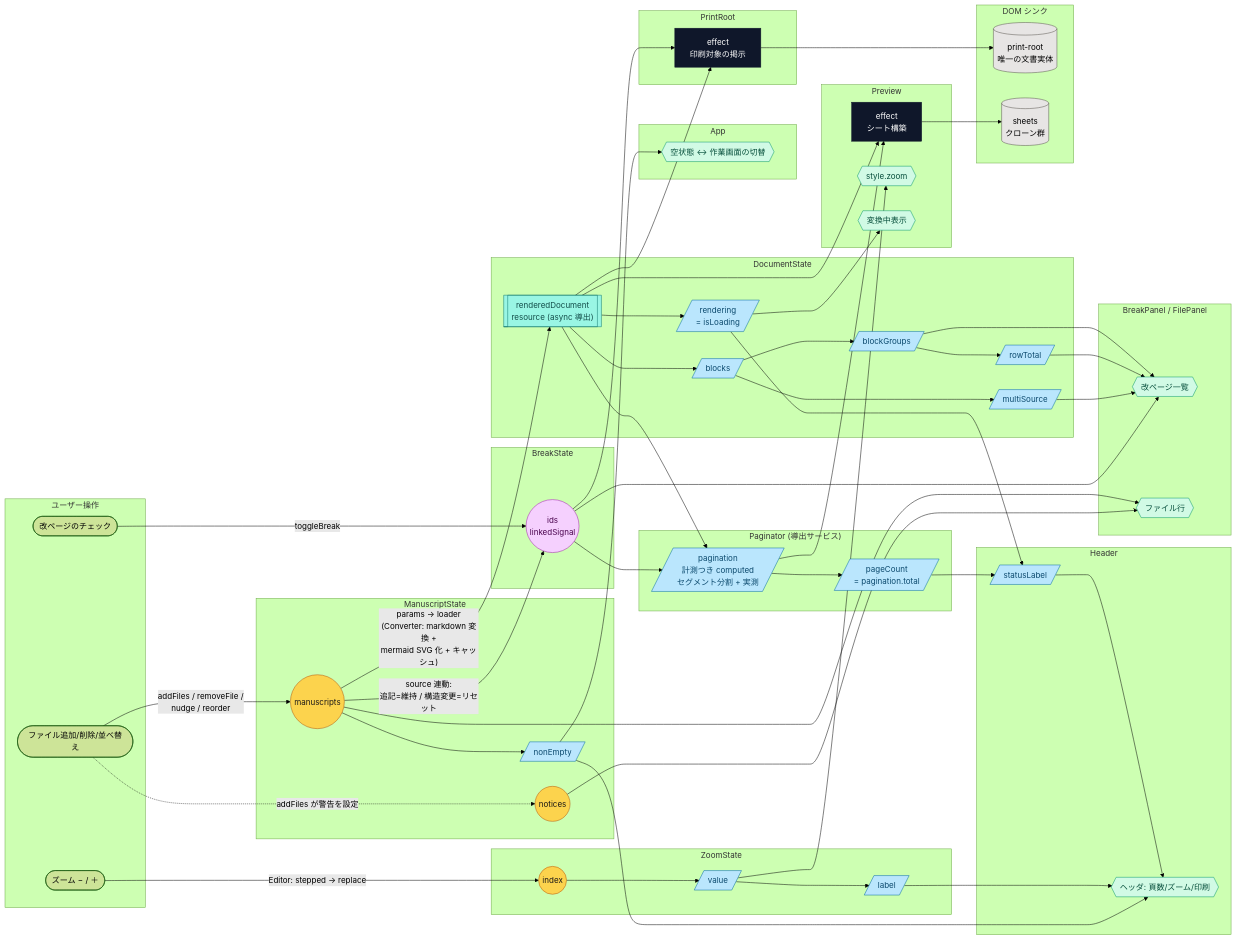
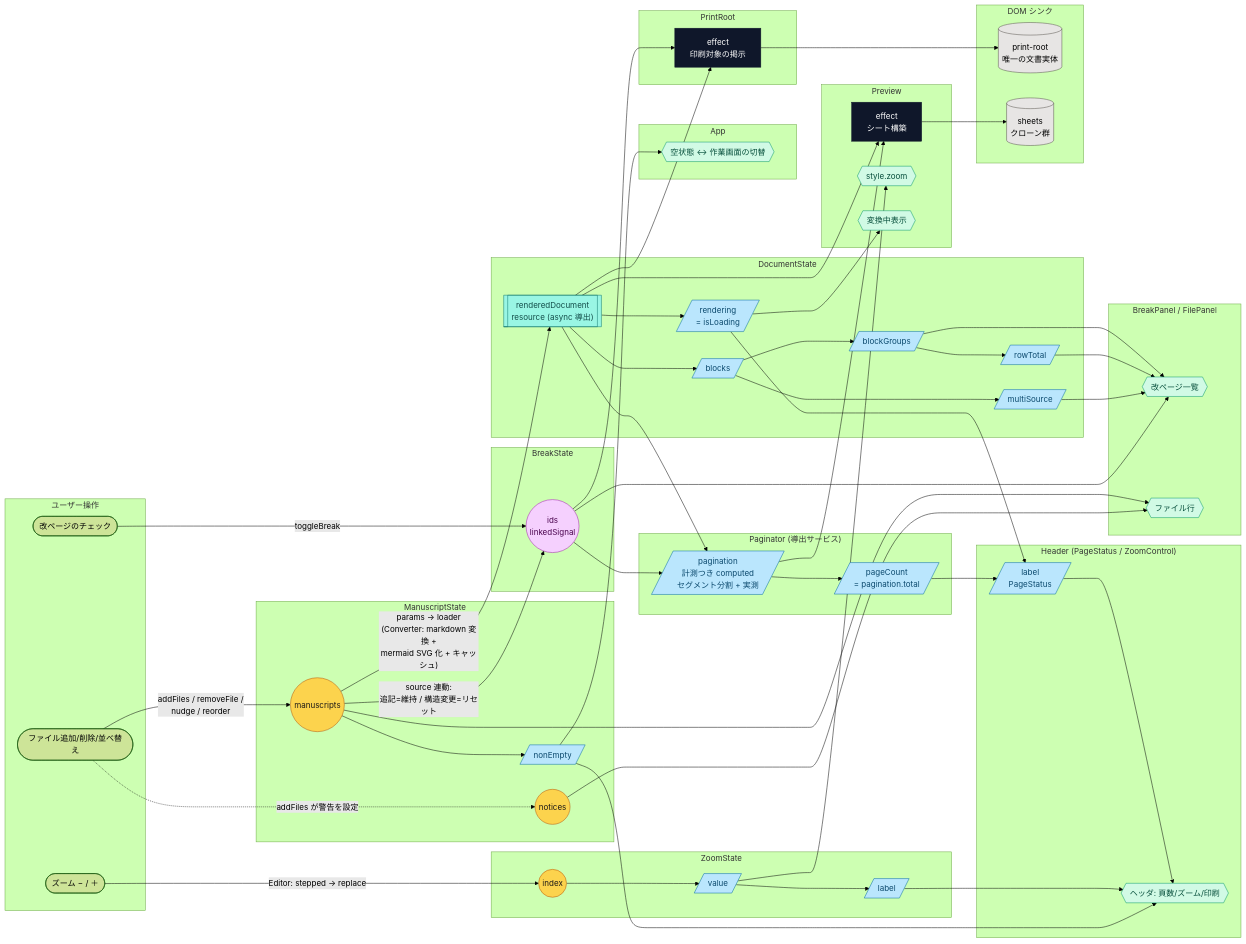
One commit to lacolaco/printmd changed the diagram in docs/signal-graph.md. Above: the diagram before and after it, drawn with Mermaid (forest theme). The commit also changed other lines of this file and 7 other files, not shown here.

```diff
--- a/docs/signal-graph.md
+++ b/docs/signal-graph.md
@@ -47,8 +47,8 @@
     VC2[/label/]
   end
 
-  subgraph HeaderC["Header"]
-    HC1[/statusLabel/]
+  subgraph HeaderC["Header (PageStatus / ZoomControl)"]
+    HC1[/label<br/>PageStatus/]
     T1{{ヘッダ: 頁数/ズーム/印刷}}
   end
 
```
